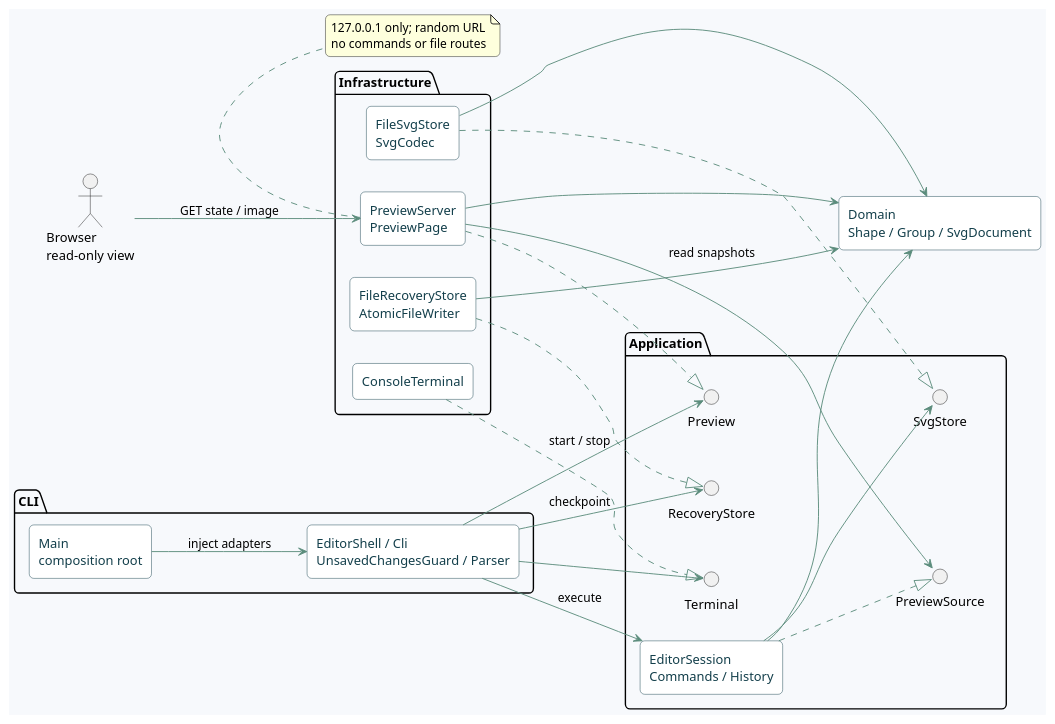
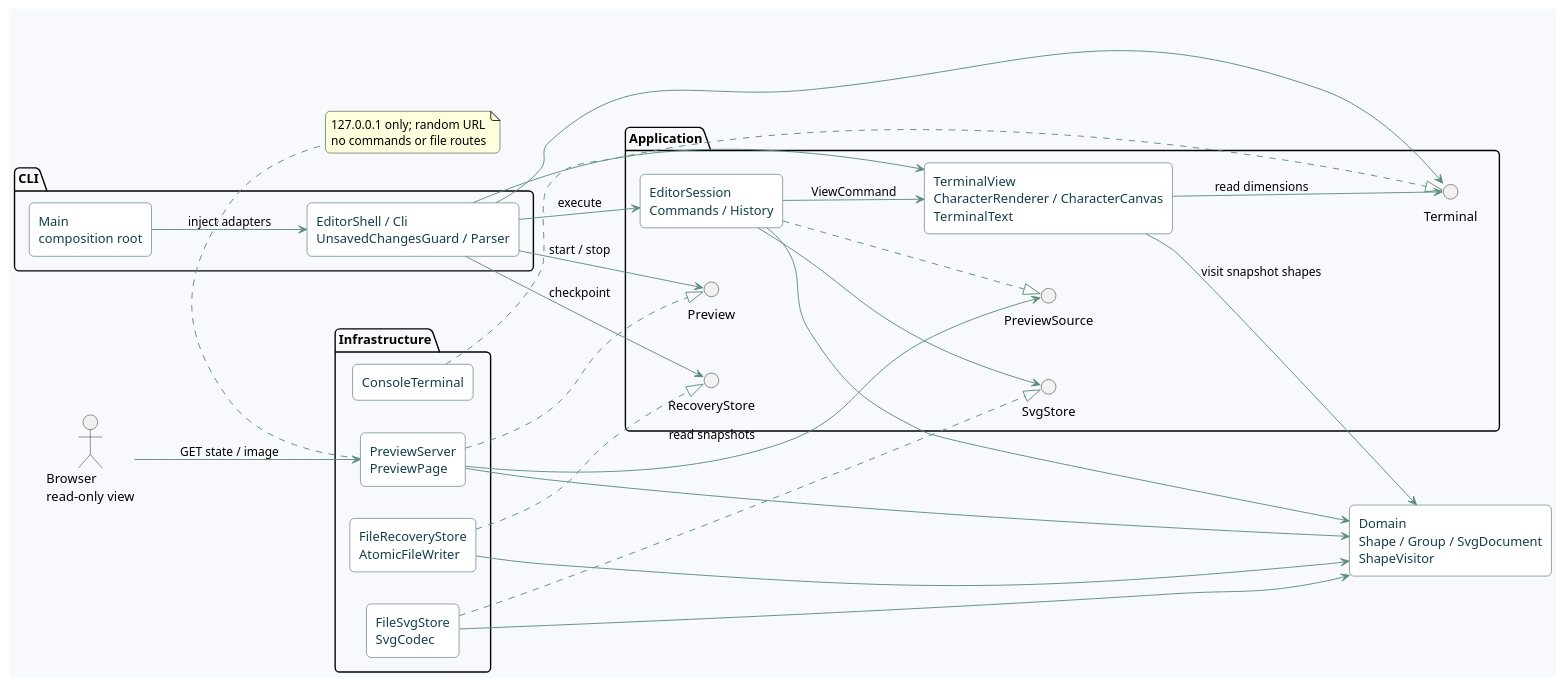
The diagram in doc/architecture.puml (cqsh01/fudan-lab1-svg-editor), drawn with PlantUML before and after one commit. The commit also changed 16 other files, not shown here.

Commit message:
docs: release terminal preview and synchronize architecture records

```diff
--- a/doc/architecture.puml
+++ b/doc/architecture.puml
@@ -1,49 +1,54 @@
 @startuml
 skinparam backgroundColor #F7F9FC
 skinparam componentStyle rectangle
 skinparam shadowing false
 skinparam roundcorner 10
 skinparam ArrowColor #5B8C7C
 skinparam componentBackgroundColor #FFFFFF
 skinparam componentBorderColor #133F4B
 skinparam componentFontColor #133F4B
 left to right direction
 package "CLI" {
   component "Main\ncomposition root" as Main
   component "EditorShell / Cli\nUnsavedChangesGuard / Parser" as CommandUI
 }
 package "Application" {
   component "EditorSession\nCommands / History" as App
+  component "TerminalView\nCharacterRenderer / CharacterCanvas\nTerminalText" as CharView
   interface "SvgStore" as Svg
   interface "RecoveryStore" as Draft
   interface "Terminal" as Term
   interface "Preview" as View
   interface "PreviewSource" as Source
 }
-component "Domain\nShape / Group / SvgDocument" as Domain
+component "Domain\nShape / Group / SvgDocument\nShapeVisitor" as Domain
 package "Infrastructure" {
   component "FileSvgStore\nSvgCodec" as IO
   component "FileRecoveryStore\nAtomicFileWriter" as Recovery
   component "ConsoleTerminal" as Console
   component "PreviewServer\nPreviewPage" as HTTP
 }
 actor "Browser\nread-only view" as Browser
 Main --> CommandUI : inject adapters
 CommandUI --> App : execute
 CommandUI --> Term
 CommandUI --> Draft : checkpoint
 CommandUI --> View : start / stop
+CommandUI --> CharView
+App --> CharView : ViewCommand
+CharView --> Domain : visit snapshot shapes
+CharView --> Term : read dimensions
 App --> Domain
 App --> Svg
 App ..|> Source
 IO ..|> Svg
 IO --> Domain
 Recovery ..|> Draft
 Recovery --> Domain
 Console ..|> Term
 HTTP ..|> View
 HTTP --> Source : read snapshots
 HTTP --> Domain
 Browser --> HTTP : GET state / image
 note bottom of HTTP : 127.0.0.1 only; random URL\nno commands or file routes
 @enduml
```
